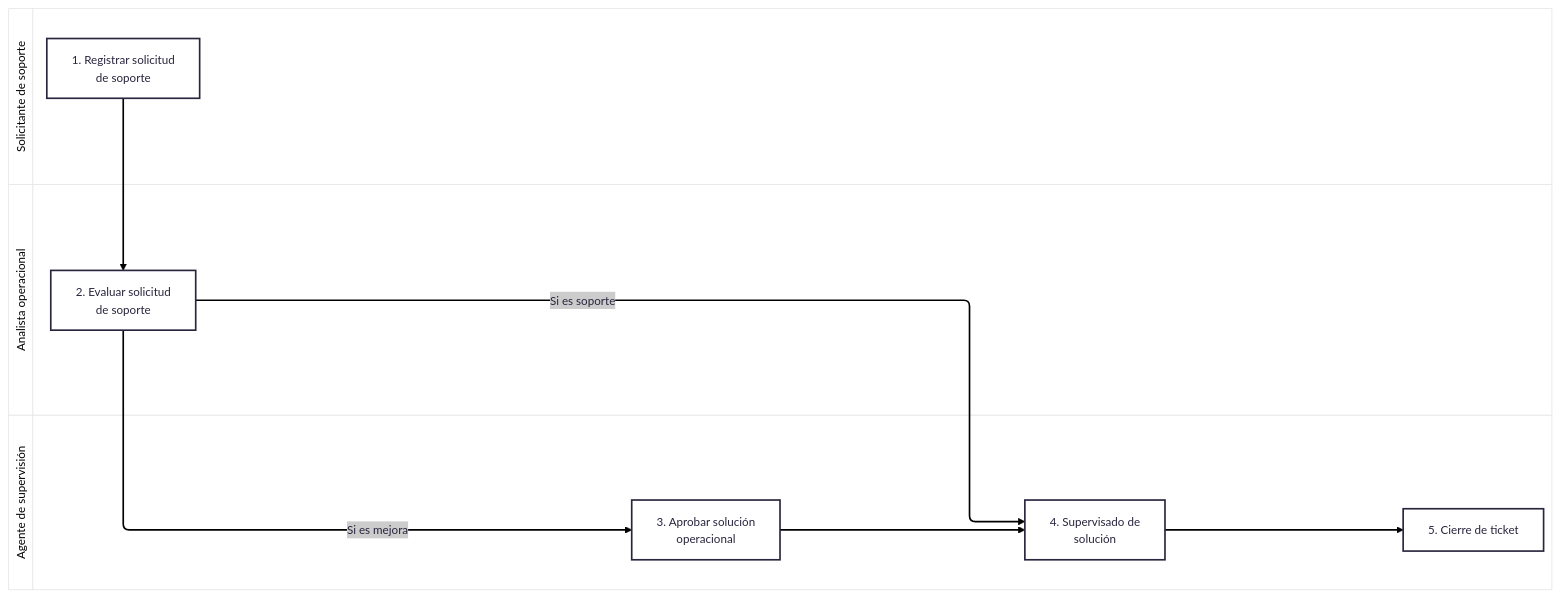
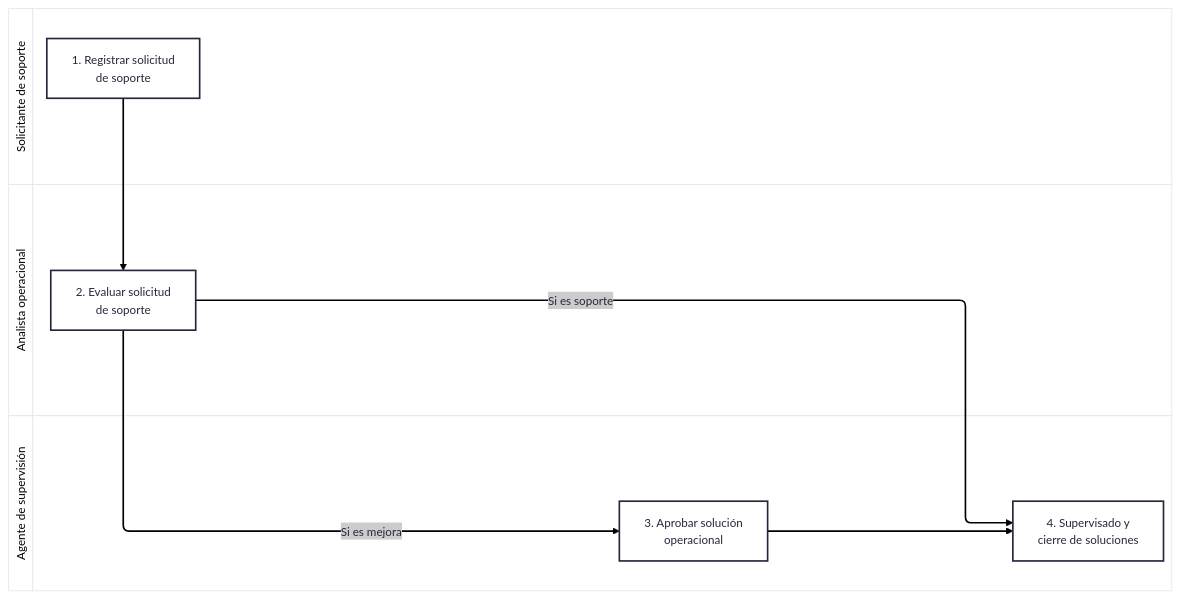
Before and after one commit to the-alive-lab/vslices: the diagram in mechanisms/domain-modeling/usage-guide/04-relacionar-perfiles-con-work-flows.md, drawn with Mermaid. The commit also changed other lines of this file, not shown here.

Commit message:
docs: sync four-flow Serviu model and retain historical evidence

````diff
--- a/mechanisms/domain-modeling/usage-guide/04-relacionar-perfiles-con-work-flows.md
+++ b/mechanisms/domain-modeling/usage-guide/04-relacionar-perfiles-con-work-flows.md
@@ -75,25 +75,24 @@
 ```mermaid
 ---
 config:
   theme: redux-color
 ---
 swimlane-beta LR
     subgraph solicitante ["Solicitante de soporte"]
         registrar["1. Registrar solicitud<br/>de soporte"]
     end
 
     subgraph analista ["Analista operacional"]
         evaluar["2. Evaluar solicitud<br/>de soporte"]
     end
 
     subgraph agente ["Agente de supervisión"]
         aprobar["3. Aprobar solución<br/>operacional"]
-        supervisar["4. Supervisado de<br/>solución"]
-        cerrar["5. Cierre de ticket"]
+        supervisar["4. Supervisado y<br/>cierre de soluciones"]
     end
 
     registrar --> evaluar
     evaluar -->|"Si es soporte"| supervisar
     evaluar -->|"Si es mejora"| aprobar
-    aprobar --> supervisar --> cerrar
+    aprobar --> supervisar
 ```
````
